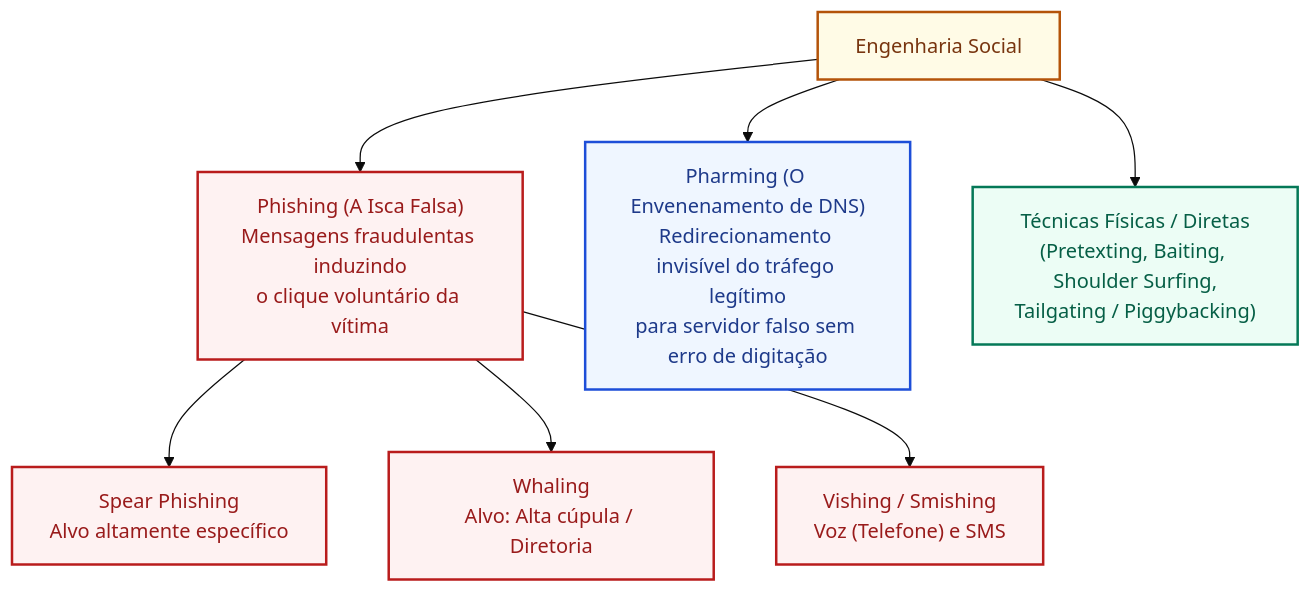
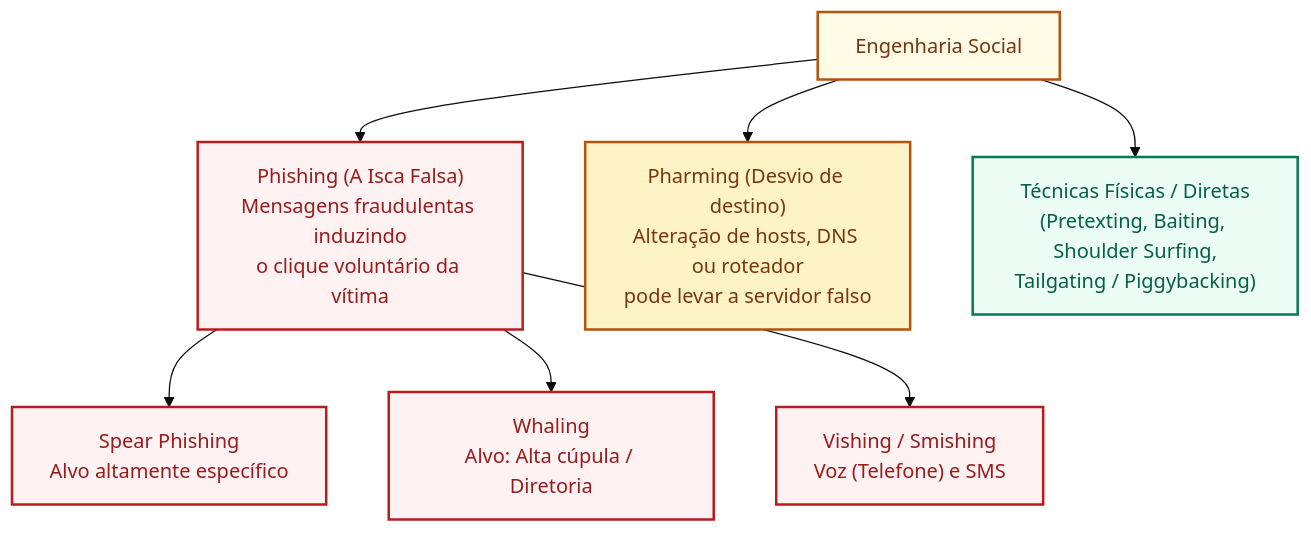
One commit to leorruas/concursos changed the diagram in 3 - Materias/Informatica/16 - phishing pharming e engenharia social tecnicas e contramedidas.md. Above: the diagram before and after it, drawn with Mermaid (base theme). The commit also changed other lines of this file, not shown here.

````diff
--- a/3 - Materias/Informatica/16 - phishing pharming e engenharia social tecnicas e contramedidas.md
+++ b/3 - Materias/Informatica/16 - phishing pharming e engenharia social tecnicas e contramedidas.md
@@ -23,17 +23,17 @@
 ```mermaid
 flowchart TD
     classDef raiz fill:#fffbe6,stroke:#b45309,stroke-width:2px,color:#78350f;
     classDef isca fill:#fef2f2,stroke:#b91c1c,stroke-width:2px,color:#991b1b;
-    classDef dns fill:#eff6ff,stroke:#1d4ed8,stroke-width:2px,color:#1e3a8a;
+    classDef dns fill:#fef3c7,stroke:#b45309,stroke-width:2px,color:#78350f;
     classDef humana fill:#ecfdf5,stroke:#047857,stroke-width:2px,color:#065f46;
 
     ES["Engenharia Social"]:::raiz
 
     ES --> Phishing["Phishing (A Isca Falsa)<br>Mensagens fraudulentas induzindo<br>o clique voluntário da vítima"]:::isca
-    ES --> Pharming["Pharming (O Envenenamento de DNS)<br>Redirecionamento invisível do tráfego legítimo<br>para servidor falso sem erro de digitação"]:::dns
+    ES --> Pharming["Pharming (Desvio de destino)<br>Alteração de hosts, DNS ou roteador<br>pode levar a servidor falso"]:::dns
     ES --> Presencial["Técnicas Físicas / Diretas<br>(Pretexting, Baiting, Shoulder Surfing,<br>Tailgating / Piggybacking)"]:::humana
 
     Phishing --> Spear["Spear Phishing<br>Alvo altamente específico"]:::isca
     Phishing --> Whaling["Whaling<br>Alvo: Alta cúpula / Diretoria"]:::isca
     Phishing --> Vishing["Vishing / Smishing<br>Voz (Telefone) e SMS"]:::isca
 ```
````
